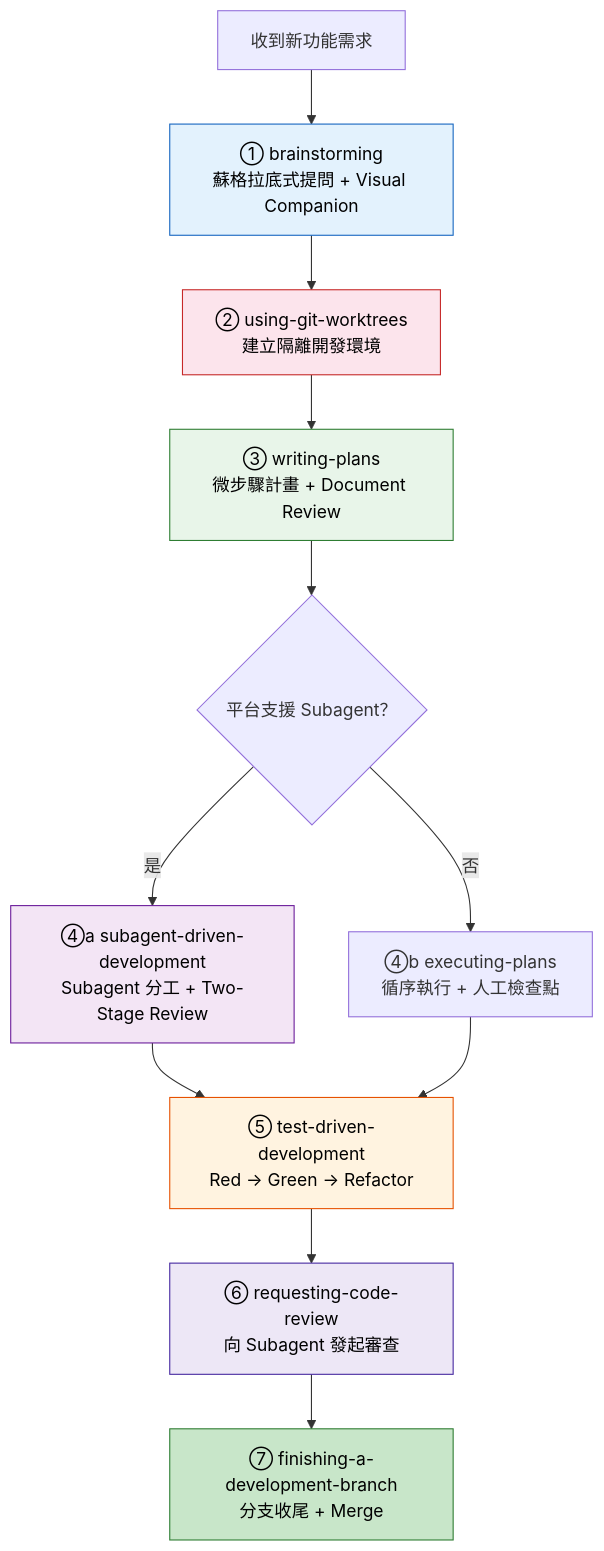
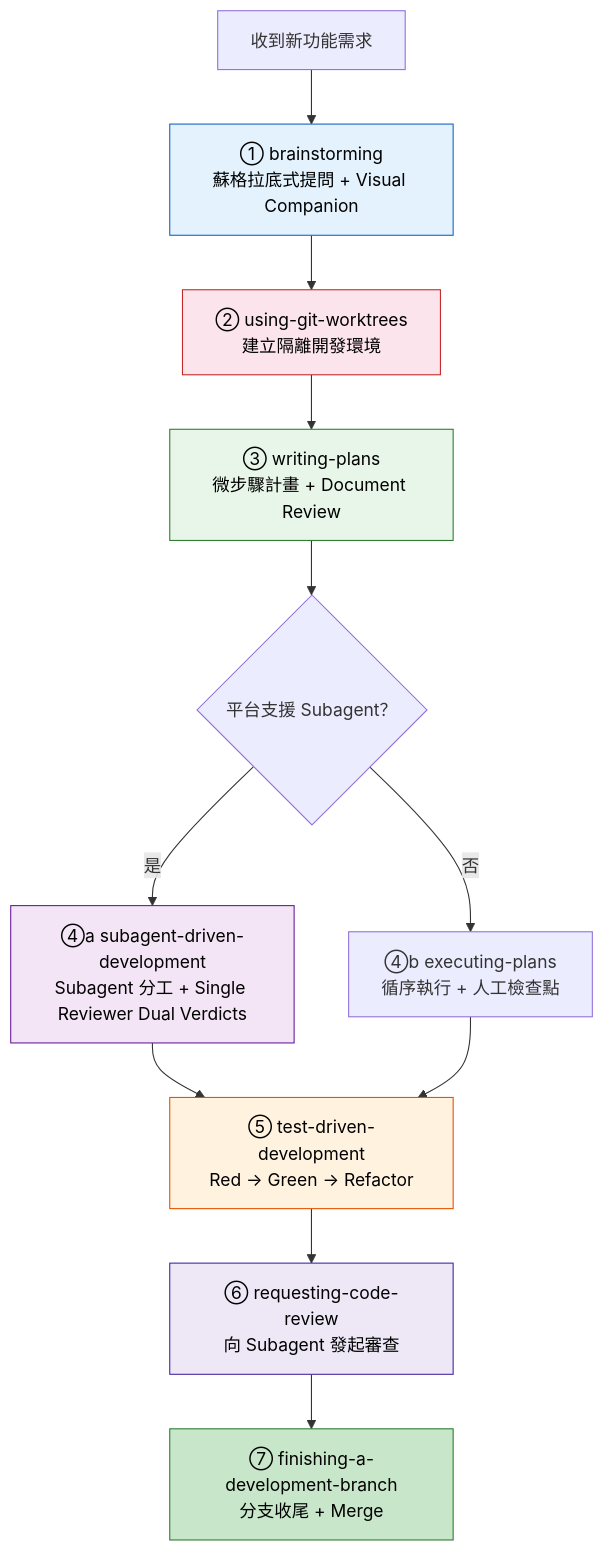
One commit to chihhung/Blog changed the tenth of 43 diagrams in content/posts/教學/AI開發/Superpowers教學手冊.md. Above: the diagram before and after it, drawn with Mermaid. The commit also changed other lines of this file and 22 other files, not shown here.

````diff
--- a/content/posts/教學/AI開發/Superpowers教學手冊.md
+++ b/content/posts/教學/AI開發/Superpowers教學手冊.md
@@ -1112,21 +1203,21 @@
 ```mermaid
 graph TD
     A[收到新功能需求] --> B["① brainstorming<br/>蘇格拉底式提問 + Visual Companion"]
     B --> C["② using-git-worktrees<br/>建立隔離開發環境"]
     C --> D["③ writing-plans<br/>微步驟計畫 + Document Review"]
     D --> E{平台支援 Subagent？}
-    E -->|是| F["④a subagent-driven-development<br/>Subagent 分工 + Two-Stage Review"]
+    E -->|是| F["④a subagent-driven-development<br/>Subagent 分工 + Single Reviewer Dual Verdicts"]
     E -->|否| G["④b executing-plans<br/>循序執行 + 人工檢查點"]
     F --> H["⑤ test-driven-development<br/>Red → Green → Refactor"]
     G --> H
     H --> I["⑥ requesting-code-review<br/>向 Subagent 發起審查"]
     I --> J["⑦ finishing-a-development-branch<br/>分支收尾 + Merge"]
     
     style B fill:#e3f2fd,stroke:#1565c0,color:#000
     style C fill:#fce4ec,stroke:#c62828,color:#000
     style D fill:#e8f5e9,stroke:#2e7d32,color:#000
     style F fill:#f3e5f5,stroke:#6a1b9a,color:#000
     style H fill:#fff3e0,stroke:#e65100,color:#000
     style I fill:#ede7f6,stroke:#4527a0,color:#000
     style J fill:#c8e6c9,stroke:#2e7d32,color:#000
 ```
````
